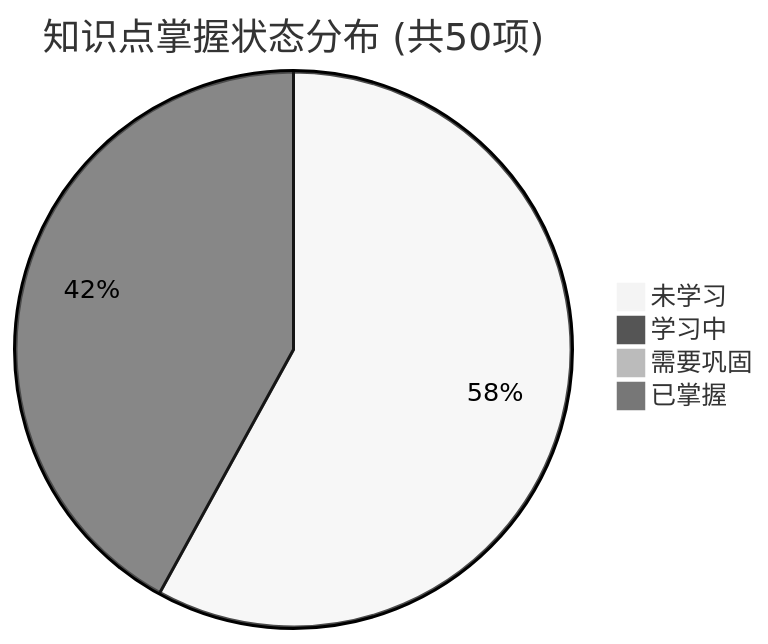
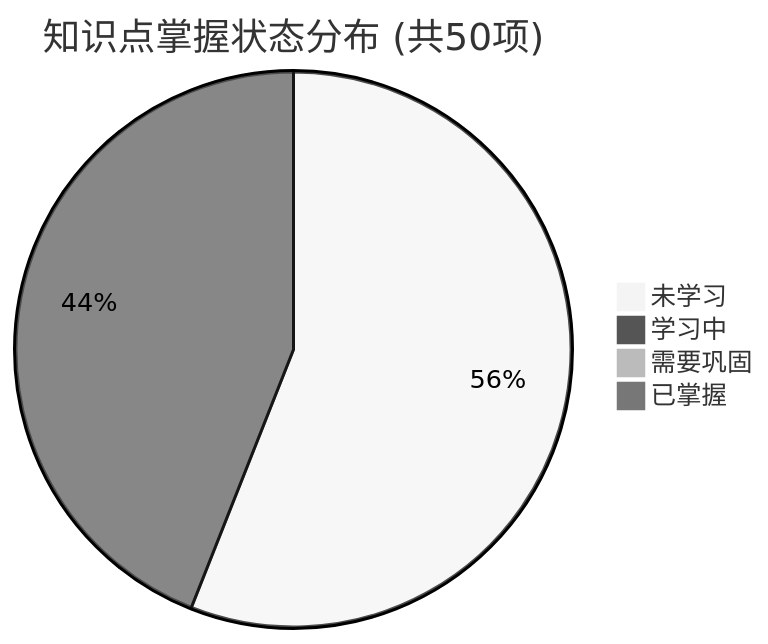
Before and after one commit to tieke1121/tech-interview-knowledge-base: the first of 2 diagrams in PROGRESS.md, drawn with Mermaid (neutral theme). The commit also changed other lines of this file and 1 other file, not shown here.

Commit message:
feat(day25): add redis high-performance architecture & distributed cache document

````diff
--- a/PROGRESS.md
+++ b/PROGRESS.md
@@ -23,7 +23,7 @@
 ```mermaid
 pie title 知识点掌握状态分布 (共50项)
-    "未学习" : 29
-    "学习中" : 21
+    "未学习" : 28
+    "学习中" : 22
     "需要巩固" : 0
     "已掌握" : 0
 ```
````
